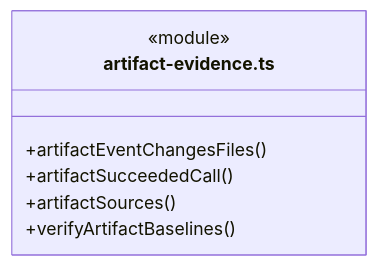
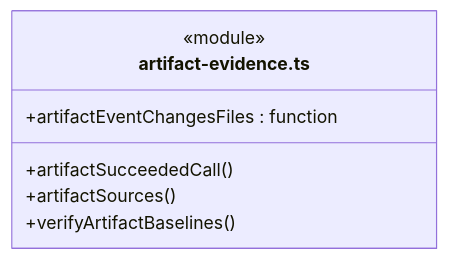
One commit to nan023062/cbim changed the fourth of 46 diagrams in src/logic/evidence/rules/ARCHITECTURE.md. Above: the diagram before and after it, drawn with Mermaid. The commit also changed other lines of this file and 137 other files, not shown here.

Commit message:
fix: align architecture generator with documentation standards

````diff
--- a/src/logic/evidence/rules/ARCHITECTURE.md
+++ b/src/logic/evidence/rules/ARCHITECTURE.md
@@ -172,10 +176,10 @@
 ```mermaid
 classDiagram
 class N_src_logic_evidence_rules_artifact_evidence_ts["artifact-evidence.ts"] {
   <<module>>
-  +artifactEventChangesFiles()
   +artifactSucceededCall()
   +artifactSources()
   +verifyArtifactBaselines()
+  +artifactEventChangesFiles : function
 }
 ```
````
